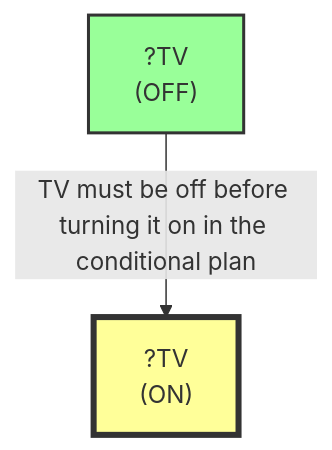
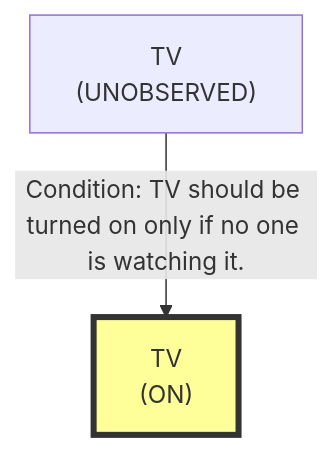
The third of 8 diagrams in evaluation/results/table2/robostate/scale/S3/E_MULTI_G02_S3/run_E_MULTI_G02_S3.md (scuama/virtualhome), drawn with Mermaid before and after one commit. The commit also changed other lines of this file and 108 other files, not shown here.

````diff
--- a/evaluation/results/table2/robostate/scale/S3/E_MULTI_G02_S3/run_E_MULTI_G02_S3.md
+++ b/evaluation/results/table2/robostate/scale/S3/E_MULTI_G02_S3/run_E_MULTI_G02_S3.md
@@ -226,8 +212,7 @@
 ```mermaid
 graph TD
-    N1["?TV<br>(ON)"]
+    N1["TV<br>(ON)"]
     style N1 fill:#ff9,stroke:#333,stroke-width:4px
-    N2["?TV<br>(OFF)"]
-    style N2 fill:#9f9,stroke:#333,stroke-width:2px
-    N2 -->|"TV must be off before turning it on in the conditional plan"| N1
+    N2["TV<br>(UNOBSERVED)"]
+    N2 -->|"Condition: TV should be turned on only if no one is watching it."| N1
 ```
````
